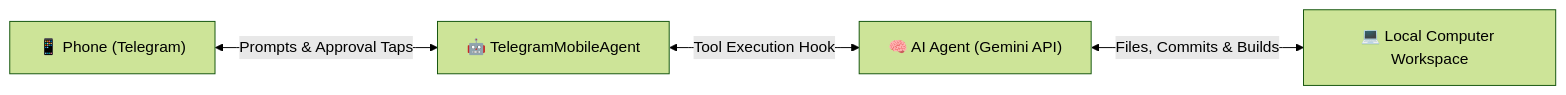
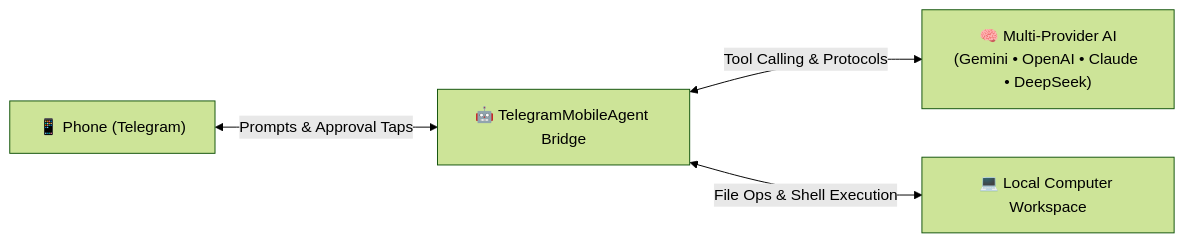
Before and after one commit to JettyYippy/TelegramMobileAgent: the diagram in README.md, drawn with Mermaid (forest theme). The commit also changed other lines of this file and 8 other files, not shown here.

Commit message:
feat: scale to multi-provider AI support (Gemini, OpenAI, Claude, DeepSeek, xAI)

````diff
--- a/README.md
+++ b/README.md
@@ -18,6 +21,6 @@
 ```mermaid
 flowchart LR
-    Phone["📱 Phone (Telegram)"] <-->|"Prompts & Approval Taps"| Bridge["🤖 TelegramMobileAgent"]
-    Bridge <-->|"Tool Execution Hook"| Agent["🧠 AI Agent (Gemini API)"]
-    Agent <-->|"Files, Commits & Builds"| Desktop["💻 Local Computer Workspace"]
+    Phone["📱 Phone (Telegram)"] <-->|"Prompts & Approval Taps"| Bridge["🤖 TelegramMobileAgent Bridge"]
+    Bridge <-->|"Tool Calling & Protocols"| LLMs["🧠 Multi-Provider AI\n(Gemini • OpenAI • Claude • DeepSeek)"]
+    Bridge <-->|"File Ops & Shell Execution"| Desktop["💻 Local Computer Workspace"]
 ```
````
